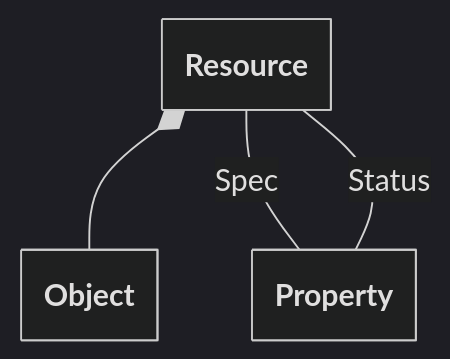
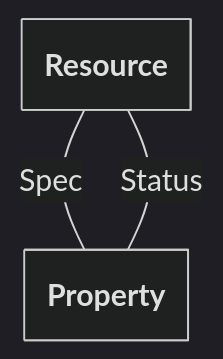
Before and after one commit to theunrepentantgeek/crddoc: diagram 11 of 15 in docs/model/model.md, drawn with Mermaid (dark theme). The commit also changed other lines of this file and 8 other files, not shown here.

First line of the commit message:
Improve class diagrams (#105)

````diff
--- a/docs/model/model.md
+++ b/docs/model/model.md
@@ -358,16 +404,17 @@
 ```mermaid
 ---
   config:
     class:
       hideEmptyMembersBox: true
 ---
 classDiagram
+
 class Resource["Resource"]
 
-Resource *-- Object
-class Object["Object"]
-Resource -- Property : Spec
-Resource -- Property : Status
-class Property["Property"] 
-class Property["Property"] 
+Resource -- Property : Spec 
+Resource -- Property : Status 
+
+class Property["Property"]
+class Property["Property"]
+
 ```
````
